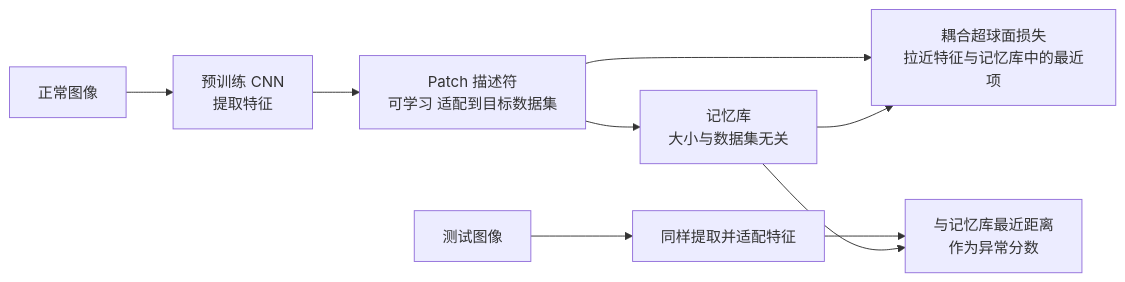
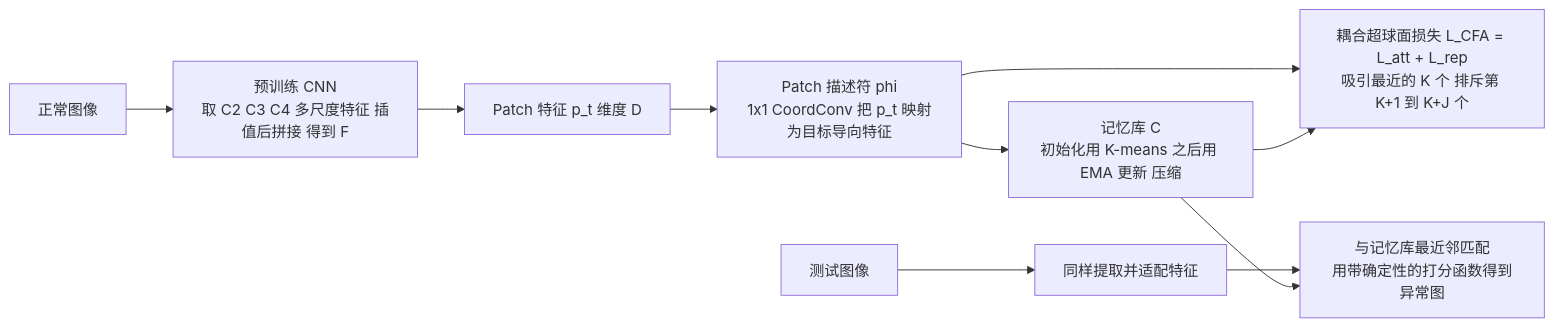
Before and after one commit to junxnone/aiwiki: the diagram in docs/bk/0750_paper_CFA.md, drawn with Mermaid. The commit also changed other lines of this file and 1 other file, not shown here.

Commit message:
更新了 paper CFA

````diff
--- a/docs/bk/0750_paper_CFA.md
+++ b/docs/bk/0750_paper_CFA.md
@@ -27,11 +30,12 @@
 ``` mermaid
 graph LR
-    A["正常图像"] --> B["预训练 CNN<br/>提取特征"]
-    B --> C["Patch 描述符<br/>可学习 适配到目标数据集"]
-    C --> D["记忆库<br/>大小与数据集无关"]
-    C --> E["耦合超球面损失<br/>拉近特征与记忆库中的最近项"]
-    D --> E
-    T["测试图像"] --> F["同样提取并适配特征"]
-    F --> G["与记忆库最近距离<br/>作为异常分数"]
-    D --> G
+    A["正常图像"] --> B["预训练 CNN<br/>取 C2 C3 C4 多尺度特征 插值后拼接 得到 F"]
+    B --> P["Patch 特征 p_t 维度 D"]
+    P --> PD["Patch 描述符 phi<br/>1x1 CoordConv 把 p_t 映射为目标导向特征"]
+    PD --> M["记忆库 C<br/>初始化用 K-means 之后用 EMA 更新 压缩"]
+    PD --> LOSS["耦合超球面损失 L_CFA = L_att + L_rep<br/>吸引最近的 K 个 排斥第 K+1 到 K+J 个"]
+    M --> LOSS
+    T["测试图像"] --> PD2["同样提取并适配特征"]
+    PD2 --> S["与记忆库最近邻匹配<br/>用带确定性的打分函数得到异常图"]
+    M --> S
 ```
````
